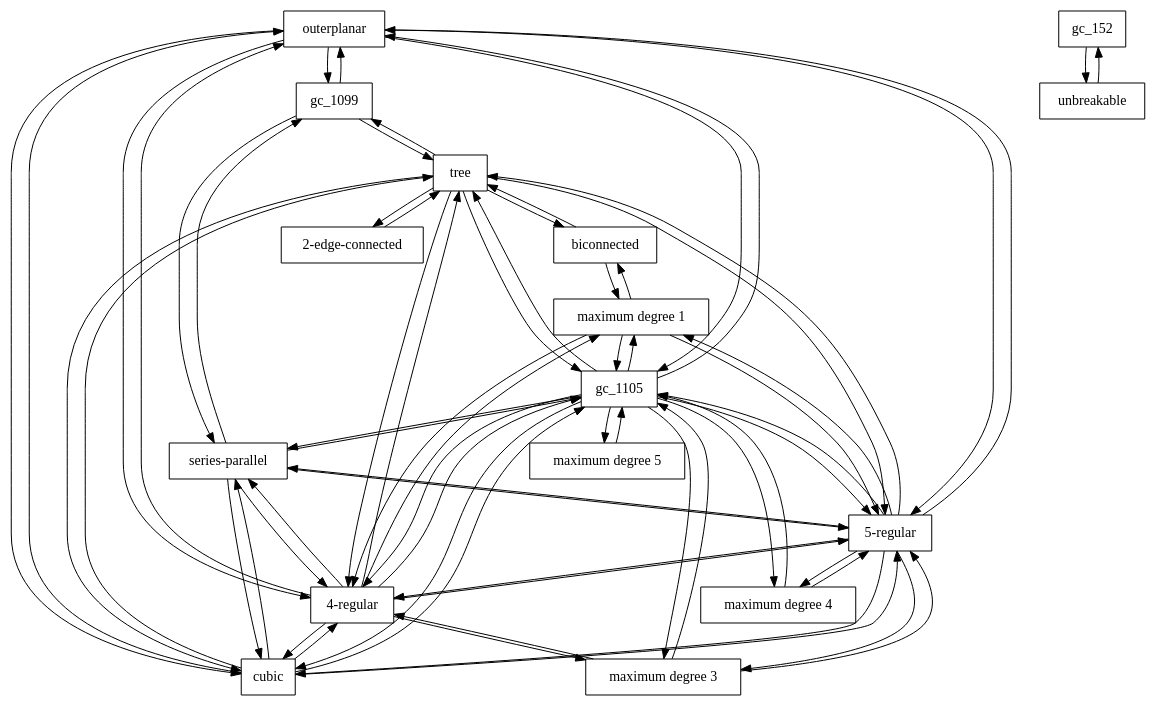
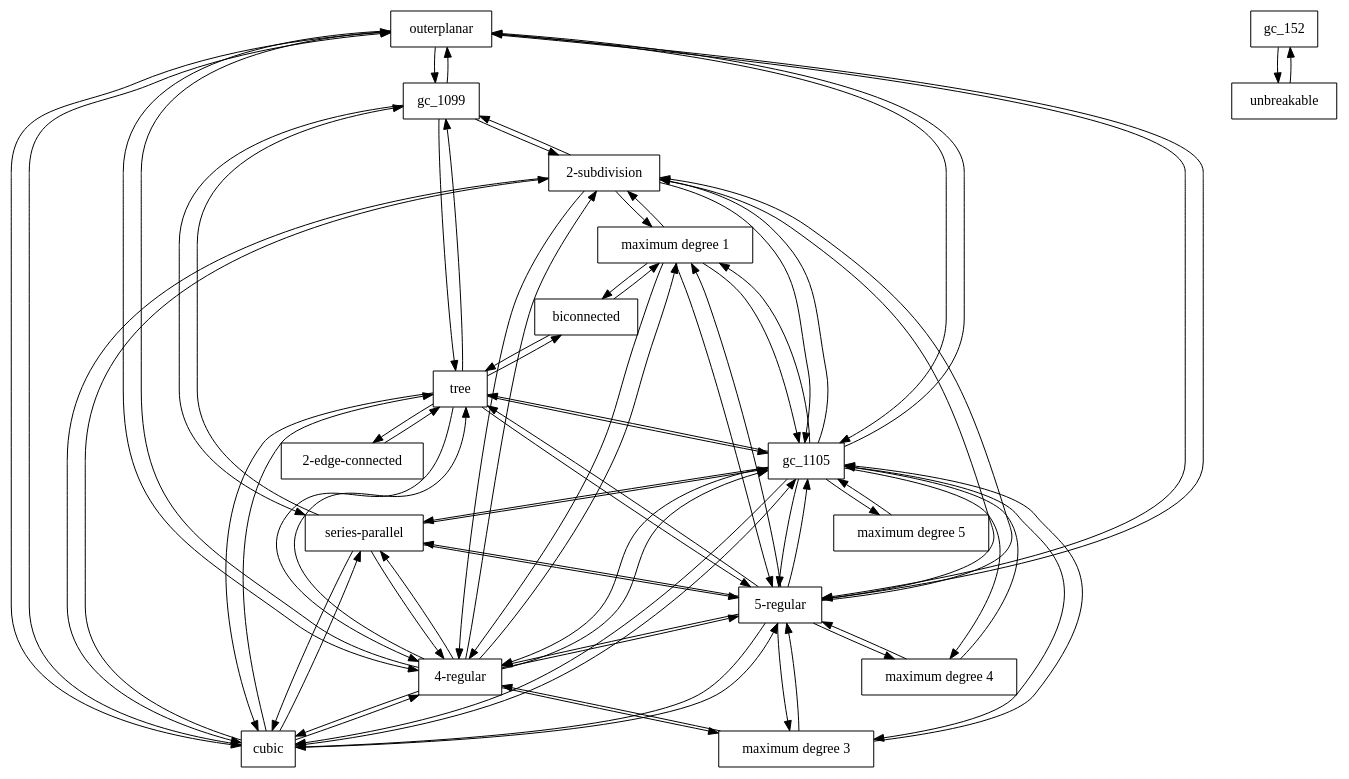
One commit to alabarre/graphotaxy changed the diagram in src/isgci/exclusion-graph.dot. Above: the diagram before and after it, drawn with Graphviz. The commit also changed 34 other files, not shown here.

Commit message:
added dataset for gc_675, updated exclusion graph

```diff
--- a/src/isgci/exclusion-graph.dot
+++ b/src/isgci/exclusion-graph.dot
@@ -1,120 +1,143 @@
 digraph G {
     node [shape=rect]
     // graph classes ----------------------------------------------------------
     gc_110  [label="outerplanar"]
     gc_152  [texlbl="$P_4$-free"]
     gc_277  [label="unbreakable"]
     gc_275  [label="series-parallel"]
     gc_342  [label="tree"]
     gc_717 [label="maximum degree 4"]
     gc_720 [label="maximum degree 3"]
     gc_771  [label="biconnected"]
     gc_1099 [texlbl="$k$-regular, fixed $k\ge 3$"]
     gc_1100 [label="cubic"]
     gc_1101 [label="4-regular"]
     gc_1104 [label="5-regular"]
     gc_1105 [texlbl="$k$-regular, fixed $k\ge 6$"]
     gc_1139 [label="maximum degree 5"]
     gc_1299 [label="maximum degree 1"]
     gc_1362 [label="2-edge-connected"]
+    gc_472 [label="2-subdivision"]
     
     
     
 //     gc_1119 [label="maximum degree 6"] // not used yet
 //     gc_1090 [label="maximum degree 7"] // not used yet
     
     
     // relationships involving trees ------------------------------------------
     // trees are not 2-edge-connected
     gc_342 -> gc_1362
     gc_1362 -> gc_342
 
     // trees are not 2-vertex-connected
     gc_342 -> gc_771
     gc_771 -> gc_342
 
     // no tree is k-regular for any k >= 3
     gc_342 -> gc_1099 // k >= 3
     gc_1099 -> gc_342 // k >= 3
     gc_342 -> gc_1100 // k = 3 
     gc_1100 -> gc_342 // k = 3
     gc_342 -> gc_1101 // k = 4
     gc_1101 -> gc_342 // k = 4
     gc_342 -> gc_1104 // k = 5
     gc_1104 -> gc_342 // k = 5
     gc_342 -> gc_1105 // k >= 6
     gc_1105 -> gc_342 // k >= 6
     
     // relationships involving bounded degrees --------------------------------
     // maximum degree k -> not p-regular for any p > k
     gc_1299 -> gc_1101 // k = 1, p = 4
     gc_1101 -> gc_1299 // k = 1, p = 4
     gc_1299 -> gc_1104 // k = 1, p = 5
     gc_1104 -> gc_1299 // k = 1, p = 5
     gc_1299 -> gc_1105 // k = 1, p >= 6
     gc_1105 -> gc_1299 // k = 1, p >= 6
 
     gc_720 -> gc_1101 // k = 3, p = 4
     gc_1101 -> gc_720 // k = 3, p = 4
     gc_720 -> gc_1104 // k = 3, p = 5
     gc_1104 -> gc_720 // k = 3, p = 5
     gc_720 -> gc_1105 // k = 3, p >= 6
     gc_1105 -> gc_720 // k = 3, p >= 6
 
     gc_717 -> gc_1104 // k = 4, p = 5
     gc_1104 -> gc_717 // k = 4, p = 5
     gc_717 -> gc_1105 // k = 4, p >= 6
     gc_1105 -> gc_717 // k = 4, p >= 6
 
     gc_1139 -> gc_1105 // k = 5, p >= 6
     gc_1105 -> gc_1139 // k = 5, p >= 6
     
     // k-regular -> not p-regular for any p != k
     gc_1100 -> gc_1101 // k = 3, p = 4
     gc_1101 -> gc_1100 // k = 3, p = 4
     gc_1100 -> gc_1104 // k = 3, p = 5
     gc_1104 -> gc_1100 // k = 3, p = 5
     gc_1100 -> gc_1105 // k = 3, p = 6
     gc_1105 -> gc_1100 // k = 3, p = 6
     gc_1101 -> gc_1104 // k = 4, p = 5
     gc_1104 -> gc_1101 // k = 4, p = 5
     gc_1101 -> gc_1105 // k = 4, p = 6
     gc_1105 -> gc_1101 // k = 4, p = 6
     gc_1104 -> gc_1105 // k = 5, p = 6
     gc_1105 -> gc_1104 // k = 5, p = 6
 
     // series-parallel <-> not k-regular for any k >= 3
     gc_275 -> gc_1099 // k >= 3
     gc_1099 -> gc_275 // k >= 3
     gc_275 -> gc_1100 // k = 3 
     gc_1100 -> gc_275 // k = 3
     gc_275 -> gc_1101 // k = 4
     gc_1101 -> gc_275 // k = 4
     gc_275 -> gc_1104 // k = 5
     gc_1104 -> gc_275 // k = 5
     gc_275 -> gc_1105 // k >= 6
     gc_1105 -> gc_275 // k >= 6
    
     // outerplanar <-> not k-regular for any k >= 3
     gc_110 -> gc_1099 // k >= 3
     gc_1099 -> gc_110 // k >= 3
     gc_110 -> gc_1100 // k = 3 
     gc_1100 -> gc_110 // k = 3
     gc_110 -> gc_1101 // k = 4
     gc_1101 -> gc_110 // k = 4
     gc_110 -> gc_1104 // k = 5
     gc_1104 -> gc_110 // k = 5
     gc_110 -> gc_1105 // k >= 6
     gc_1105 -> gc_110 // k >= 6
     
     
     // other classes ----------------------------------------------------------
     // unbreakable graphs contain a P_4
     gc_277 -> gc_152
     gc_152 -> gc_277 
     
     // biconnected graphs have minimum degree 2
     gc_771 -> gc_1299
     gc_1299 -> gc_771
-    
+
+    // by construction, 2-subdivisions (gc_472) have minimum degree 2, so we exclude:
+    //  - gc_1099 [texlbl="$k$-regular, fixed $k\ge 3$"]
+    //  - gc_1100 [label="cubic"]
+    //  - gc_1101 [label="4-regular"]
+    //  - gc_1104 [label="5-regular"]
+    //  - gc_1105 [texlbl="$k$-regular, fixed $k\ge 6$"]
+    //  - gc_1299 [label="maximum degree 1"]
+    gc_472 -> gc_1099
+    gc_472 -> gc_1100
+    gc_472 -> gc_1101
+    gc_472 -> gc_1104
+    gc_472 -> gc_1105
+    gc_472 -> gc_1299
+    // and the other way around
+    gc_1099 -> gc_472
+    gc_1100 -> gc_472
+    gc_1101 -> gc_472
+    gc_1104 -> gc_472
+    gc_1105 -> gc_472
+    gc_1299 -> gc_472
+
+
 }
```
